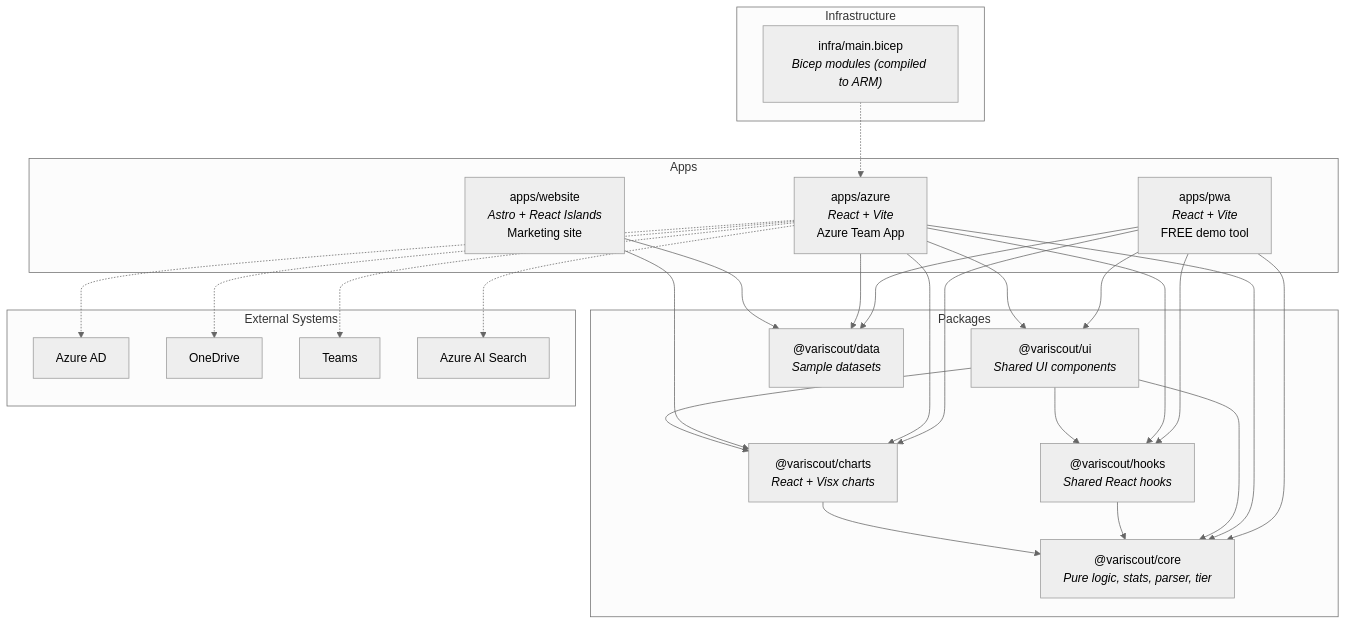
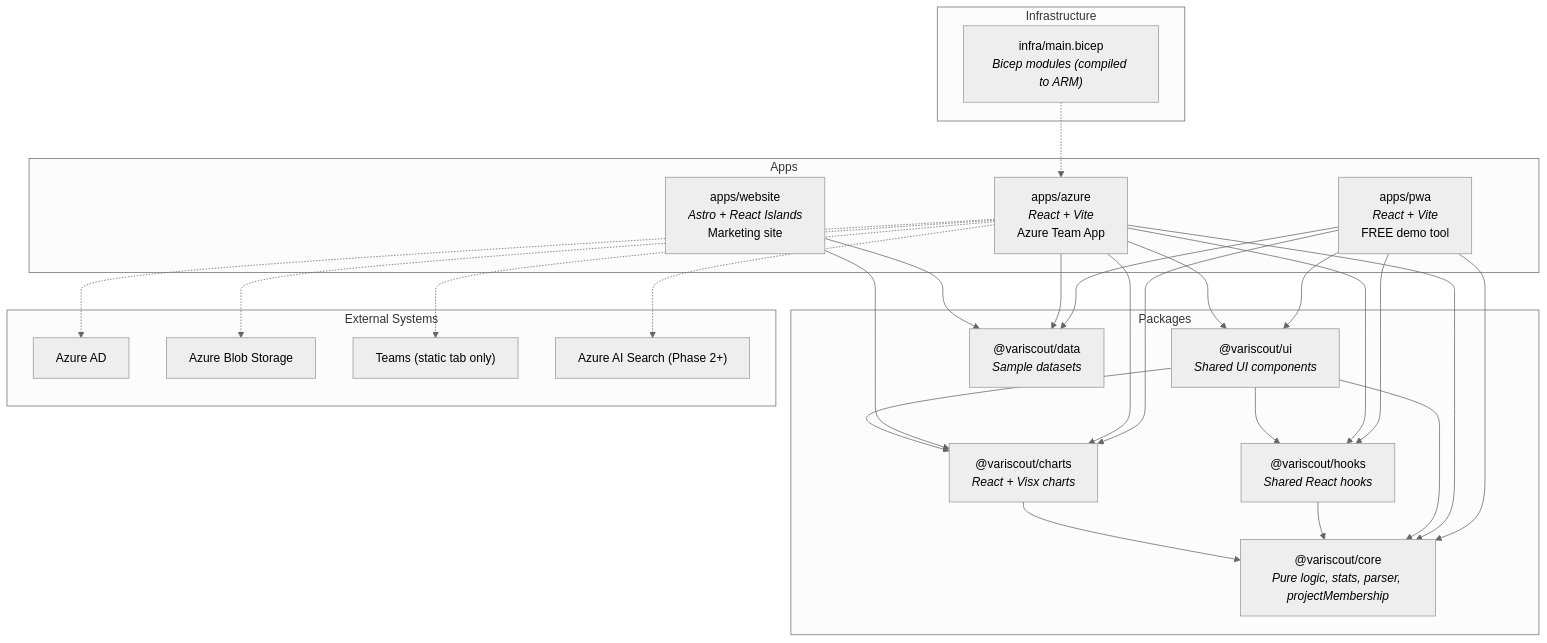
One commit to jukka-matti/variscout changed the second of 2 diagrams in docs/05-technical/architecture/system-map.md. Above: the diagram before and after it, drawn with Mermaid (neutral theme). The commit also changed other lines of this file and 34 other files, not shown here.

First line of the commit message:
docs(wedge): batch C — SharePoint/OneDrive deferral markers

````diff
--- a/docs/05-technical/architecture/system-map.md
+++ b/docs/05-technical/architecture/system-map.md
@@ -42,41 +42,41 @@
 ```mermaid
 flowchart TB
     subgraph apps["Apps"]
         pwa["apps/pwa<br/><i>React + Vite</i><br/>FREE demo tool"]
         azure["apps/azure<br/><i>React + Vite</i><br/>Azure Team App"]
         website["apps/website<br/><i>Astro + React Islands</i><br/>Marketing site"]
     end
 
     subgraph packages["Packages"]
         ui["@variscout/ui<br/><i>Shared UI components</i>"]
         hooks["@variscout/hooks<br/><i>Shared React hooks</i>"]
         charts["@variscout/charts<br/><i>React + Visx charts</i>"]
-        core["@variscout/core<br/><i>Pure logic, stats, parser, tier</i>"]
+        core["@variscout/core<br/><i>Pure logic, stats, parser, projectMembership</i>"]
         data["@variscout/data<br/><i>Sample datasets</i>"]
     end
 
     subgraph infra["Infrastructure"]
         arm["infra/main.bicep<br/><i>Bicep modules (compiled to ARM)</i>"]
     end
 
     subgraph external["External Systems"]
         azuread["Azure AD"]
-        onedrive["OneDrive"]
-        teams["Teams"]
-        aisearch["Azure AI Search"]
+        blobstorage["Azure Blob Storage"]
+        teams["Teams (static tab only)"]
+        aisearch["Azure AI Search (Phase 2+)"]
     end
 
     %% App dependencies
     pwa --> core & charts & hooks & ui & data
     azure --> core & charts & hooks & ui & data
     website --> charts & data
 
     %% Package dependencies
     ui --> core & hooks & charts
     hooks --> core
     charts --> core
 
     %% External integrations (Azure app only)
-    azure -.-> azuread & onedrive & teams & aisearch
+    azure -.-> azuread & blobstorage & teams & aisearch
     arm -.-> azure
 ```
````
